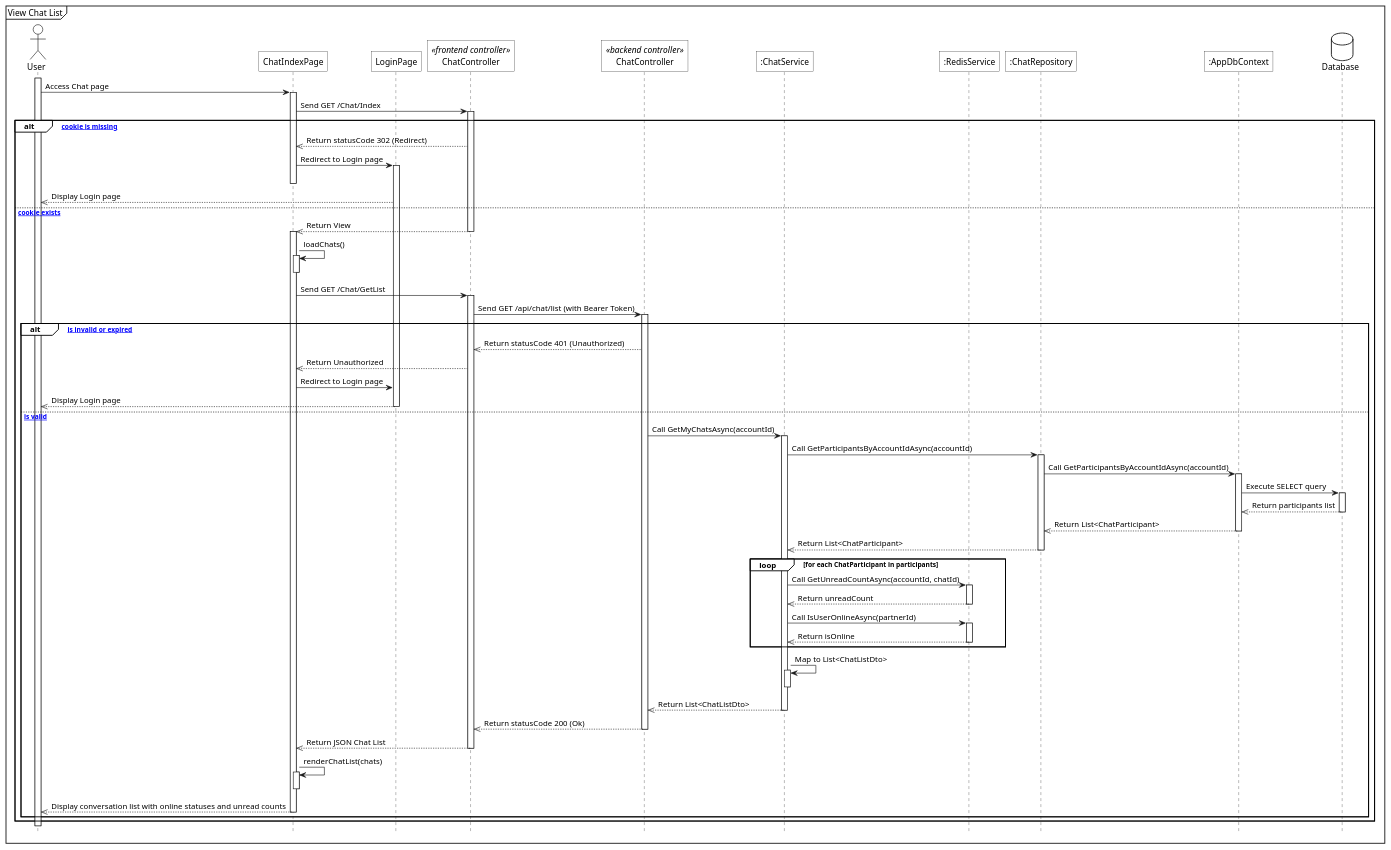
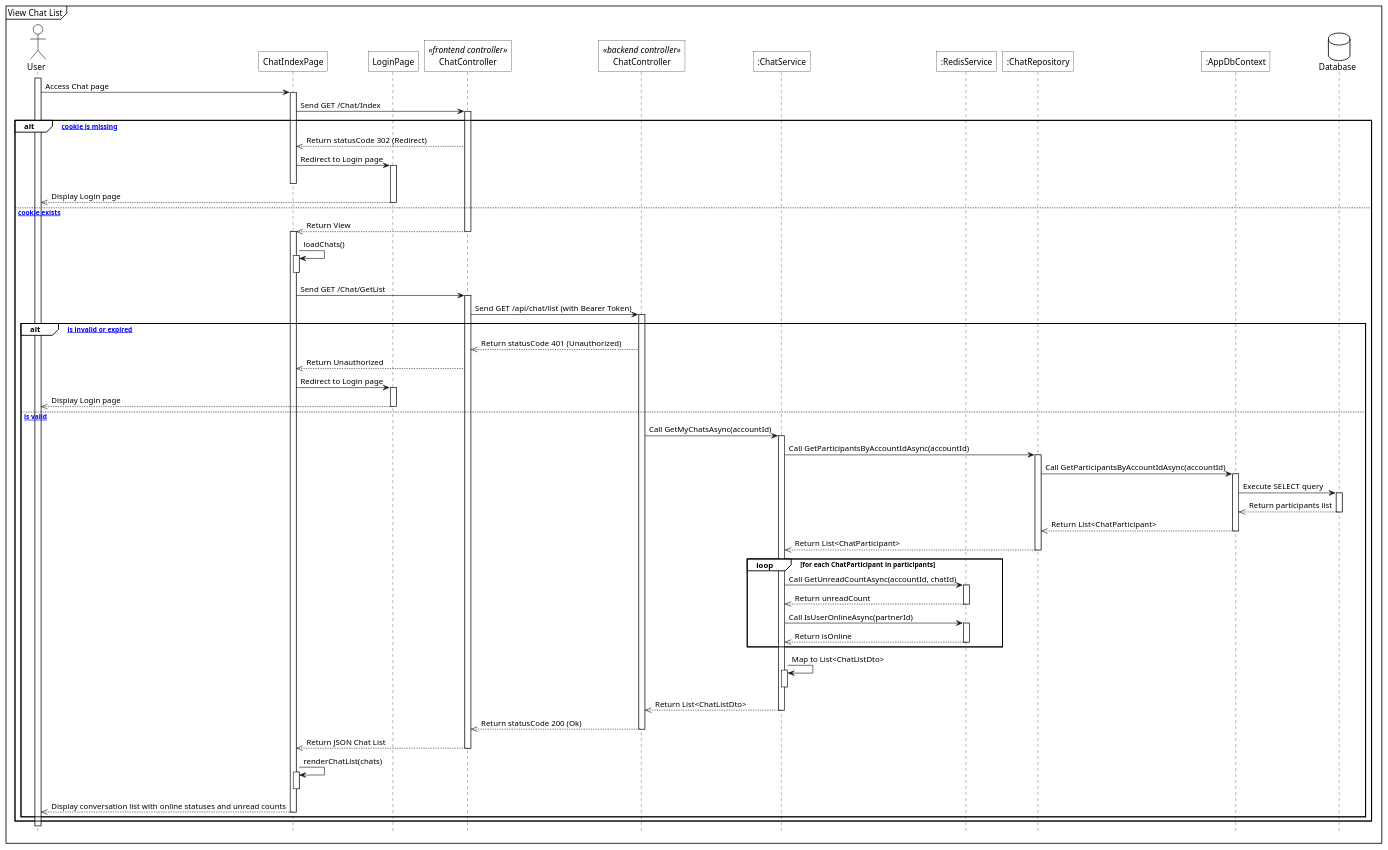
The diagram in diagrams/sequence/chat/sq_view_chat_list.plantuml (1000do/Linked), drawn with PlantUML before and after one commit. The commit also changed 14 other files, not shown here.

Commit message:
refactor: implement chat service and notification service with corresponding sequence and class diagrams

```diff
--- a/diagrams/sequence/chat/sq_view_chat_list.plantuml
+++ b/diagrams/sequence/chat/sq_view_chat_list.plantuml
@@ -1,99 +1,99 @@
 @startuml
 <style>
     sequenceDiagram{
         actor{
             BackgroundColor white
             LineThickness 1.0
         }
         participant{
             BackgroundColor white
             RoundCorner 0
         }
         database{
             BackgroundColor white
         }
         groupHeader{
             BackgroundColor white
         }
         referenceHeader{
             BackgroundColor white
         }
         reference{
             BackgroundColor white
         }
     }
 </style>
 
 hide footbox
 
 mainframe View Chat List
 
 actor User as act
 participant "ChatIndexPage" as view
 participant "LoginPage" as login_view
 participant "ChatController" as fe_ctrl <<frontend controller>>
 participant "ChatController" as be_ctrl <<backend controller>>
 participant ":ChatService" as sv
 participant ":RedisService" as redis
 participant ":ChatRepository" as repo
 participant ":AppDbContext" as ctx
 database Database as db
 
 act++
 act->view++: Access Chat page
 view->fe_ctrl++: Send GET /Chat/Index
 
 alt [AccessToken cookie is missing]
     fe_ctrl-->>view: Return statusCode 302 (Redirect)
     view->login_view++: Redirect to Login page
     deactivate view
-    login_view-->>act: Display Login page
+    login_view-->>act--: Display Login page
 else [AccessToken cookie exists]
     fe_ctrl-->>view--: Return View
     activate view
     
     view->view++: loadChats()
     view--
     
     view->fe_ctrl++: Send GET /Chat/GetList
     fe_ctrl->be_ctrl++: Send GET /api/chat/list (with Bearer Token)
     
     alt [Token is invalid or expired]
         be_ctrl-->>fe_ctrl: Return statusCode 401 (Unauthorized)
         fe_ctrl-->>view: Return Unauthorized
-        view->login_view: Redirect to Login page
+        view->login_view++: Redirect to Login page
         login_view-->>act--: Display Login page
     else [Token is valid]
         be_ctrl->sv++: Call GetMyChatsAsync(accountId)
         
         sv->repo++: Call GetParticipantsByAccountIdAsync(accountId)
         repo->ctx++: Call GetParticipantsByAccountIdAsync(accountId)
         ctx->db++: Execute SELECT query
         
         db-->>ctx--: Return participants list
         ctx-->>repo--: Return List<ChatParticipant>
         repo-->>sv--: Return List<ChatParticipant>
         
         loop for each ChatParticipant in participants
             sv->redis++: Call GetUnreadCountAsync(accountId, chatId)
             redis-->>sv--: Return unreadCount
             
             sv->redis++: Call IsUserOnlineAsync(partnerId)
             redis-->>sv--: Return isOnline
         end
         
         sv->sv++: Map to List<ChatListDto>
         sv--
         
         sv-->>be_ctrl--: Return List<ChatListDto>
         be_ctrl-->>fe_ctrl--: Return statusCode 200 (Ok)
         fe_ctrl-->>view--: Return JSON Chat List
         
         view->view++: renderChatList(chats)
         view--
         
         view-->>act--: Display conversation list with online statuses and unread counts
     end
 end
 
 @enduml
```
